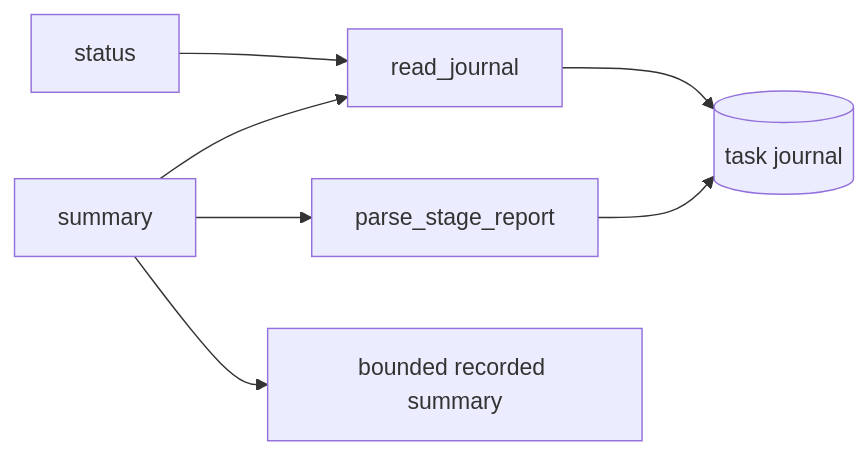
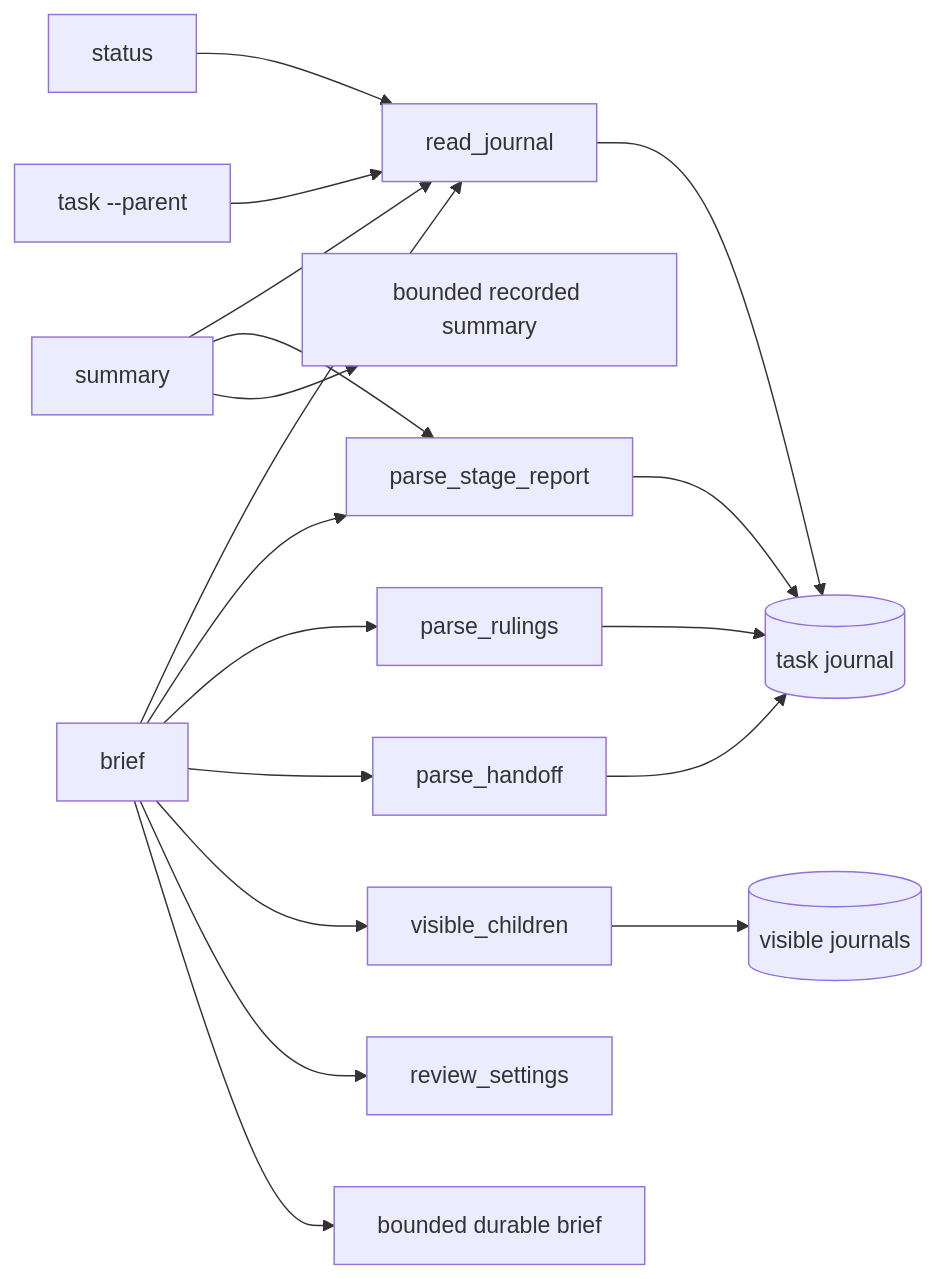
The diagram in .agentic/knowledge/core-cli-lifecycle.md (DDP-Engineering/Agentic_Engineering_Governance_Integrity_System), drawn with Mermaid before and after one commit. The commit also changed other lines of this file and 89 other files, not shown here.

````diff
--- a/.agentic/knowledge/core-cli-lifecycle.md
+++ b/.agentic/knowledge/core-cli-lifecycle.md
@@ -68,9 +78,20 @@
 ```mermaid
 flowchart LR
     status[status] --> read[read_journal]
+    task[task --parent] --> read
     summary[summary] --> read
+    brief[brief] --> read
     summary --> record[parse_stage_report]
+    brief --> record
+    brief --> rulings[parse_rulings]
+    brief --> handoff[parse_handoff]
+    brief --> children[visible_children]
+    brief --> cfg[review_settings]
     record --> journal[(task journal)]
+    rulings --> journal
+    handoff --> journal
+    children --> journals[(visible journals)]
     read --> journal
     summary --> output[bounded recorded summary]
+    brief --> resume[bounded durable brief]
 ```
````
